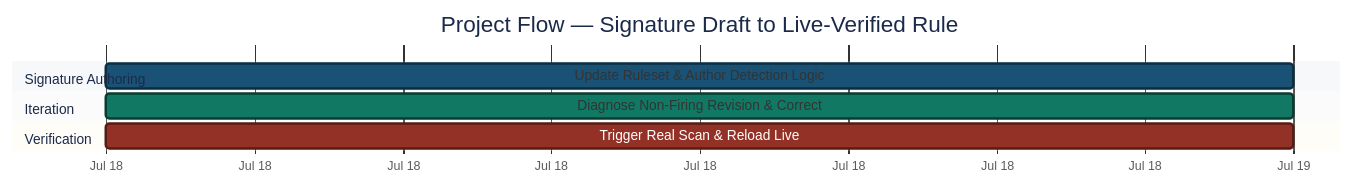
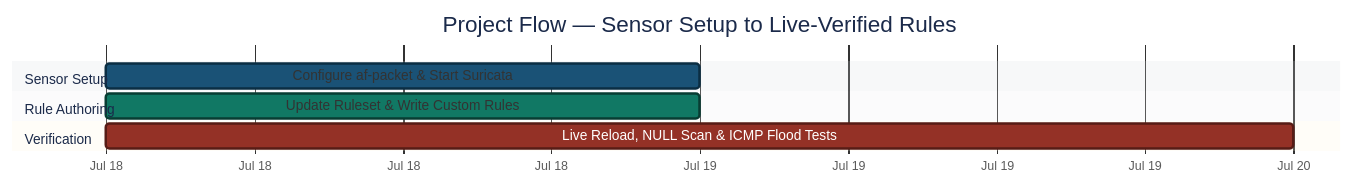
One commit to malaika-azhar/Cybersecurity-Lab-Projects changed the first of 2 diagrams in 3-Advanced-Cyber-Projects/project-05-port-scan-detection-lab/README.md. Above: the diagram before and after it, drawn with Mermaid. The commit also changed other lines of this file, not shown here.

````diff
--- a/3-Advanced-Cyber-Projects/project-05-port-scan-detection-lab/README.md
+++ b/3-Advanced-Cyber-Projects/project-05-port-scan-detection-lab/README.md
@@ -127,21 +128,21 @@
 ```mermaid
 %%{init: { 'theme': 'base', 'themeVariables': {
   'activeTaskBkgColor':'#1A5276', 'activeTaskBorderColor':'#0B2E43',
   'doneTaskBkgColor':'#117864', 'doneTaskBorderColor':'#083D33',
   'critBkgColor':'#943126', 'critBorderColor':'#571C16',
   'sectionBkgColor':'#D6DBDF', 'altSectionBkgColor':'#EAECEE',
   'taskTextColor':'#FFFFFF', 'taskTextOutsideColor':'#1B2631',
   'taskTextLightColor':'#FFFFFF',
   'titleColor':'#1B2A4A', 'fontSize':'16px'
 }}}%%
 gantt
-    title Project Flow — Signature Draft to Live-Verified Rule
+    title Project Flow — Sensor Setup to Live-Verified Rules
     dateFormat YYYY-MM-DD
     axisFormat %b %d
-    section Signature Authoring
-    Update Ruleset & Author Detection Logic   :active, 2026-07-18, 1d
-    section Iteration
-    Diagnose Non-Firing Revision & Correct    :done, 2026-07-18, 1d
+    section Sensor Setup
+    Configure af-packet & Start Suricata     :active, 2026-07-18, 1d
+    section Rule Authoring
+    Update Ruleset & Write Custom Rules      :done, 2026-07-18, 1d
     section Verification
-    Trigger Real Scan & Reload Live           :crit, 2026-07-18, 1d
+    Live Reload, NULL Scan & ICMP Flood Tests :crit, 2026-07-18, 2d
 ```
````
